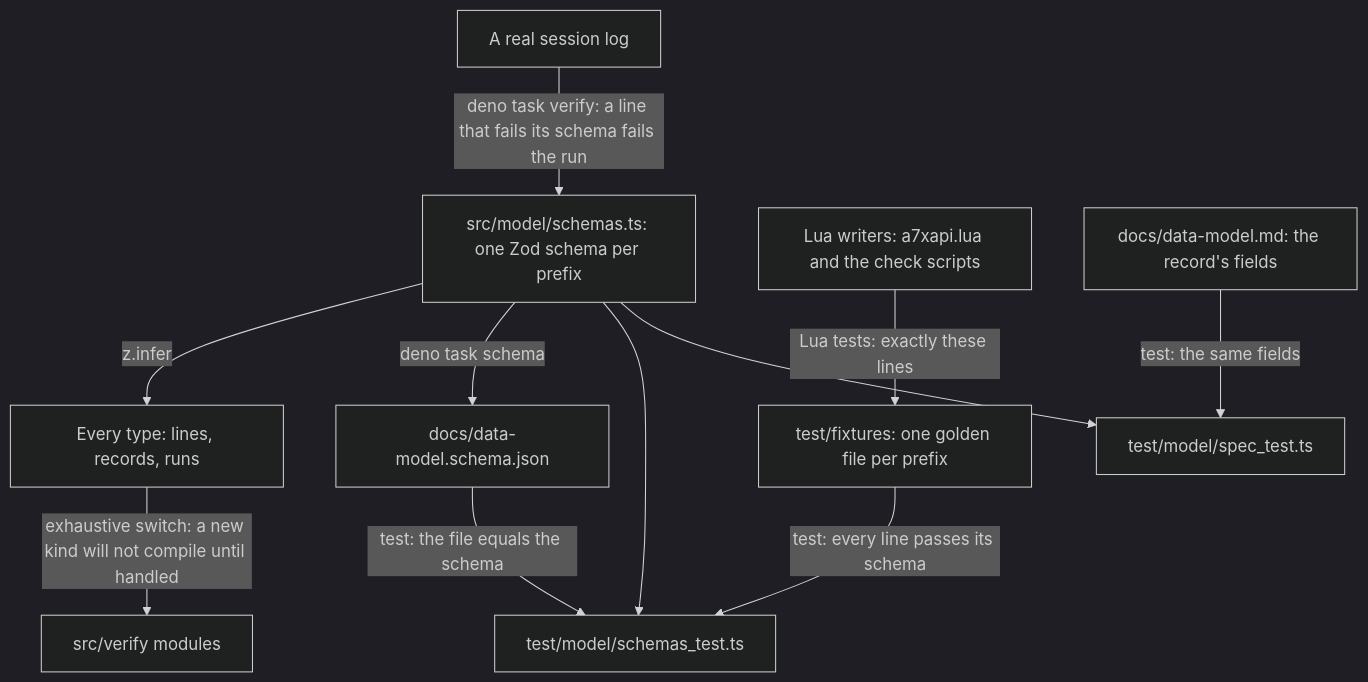
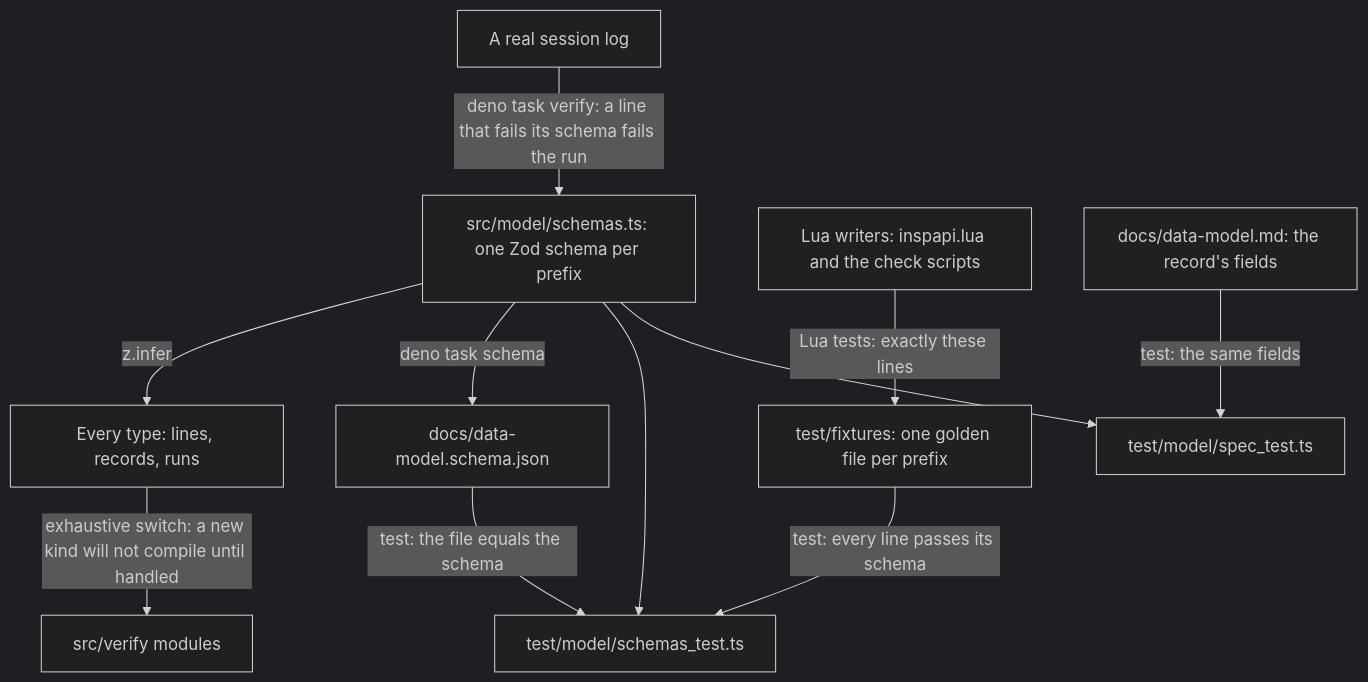
Before and after one commit to kabootit/BG2EE-Inspector: the fifth of 8 diagrams in docs/architecture.md, drawn with Mermaid (dark theme). The commit also changed other lines of this file and 104 other files, not shown here.

````diff
--- a/docs/architecture.md
+++ b/docs/architecture.md
@@ -173,14 +173,14 @@
 ```mermaid
 flowchart TD
   SCH["src/model/schemas.ts: one Zod schema per prefix"]
   SCH -- "z.infer" --> TYPES["Every type: lines, records, runs"]
   TYPES -- "exhaustive switch: a new kind will not compile until handled" --> VER["src/verify modules"]
   SCH -- "deno task schema" --> JS["docs/data-model.schema.json"]
   JS -- "test: the file equals the schema" --> SCHT["test/model/schemas_test.ts"]
-  LUA["Lua writers: a7xapi.lua and the check scripts"] -- "Lua tests: exactly these lines" --> GOLD["test/fixtures: one golden file per prefix"]
+  LUA["Lua writers: inspapi.lua and the check scripts"] -- "Lua tests: exactly these lines" --> GOLD["test/fixtures: one golden file per prefix"]
   GOLD -- "test: every line passes its schema" --> SCHT
   SCH --> SCHT
   DM["docs/data-model.md: the record's fields"] -- "test: the same fields" --> SPEC["test/model/spec_test.ts"]
   SCH --> SPEC
   LOGS["A real session log"] -- "deno task verify: a line that fails its schema fails the run" --> SCH
 ```
````
